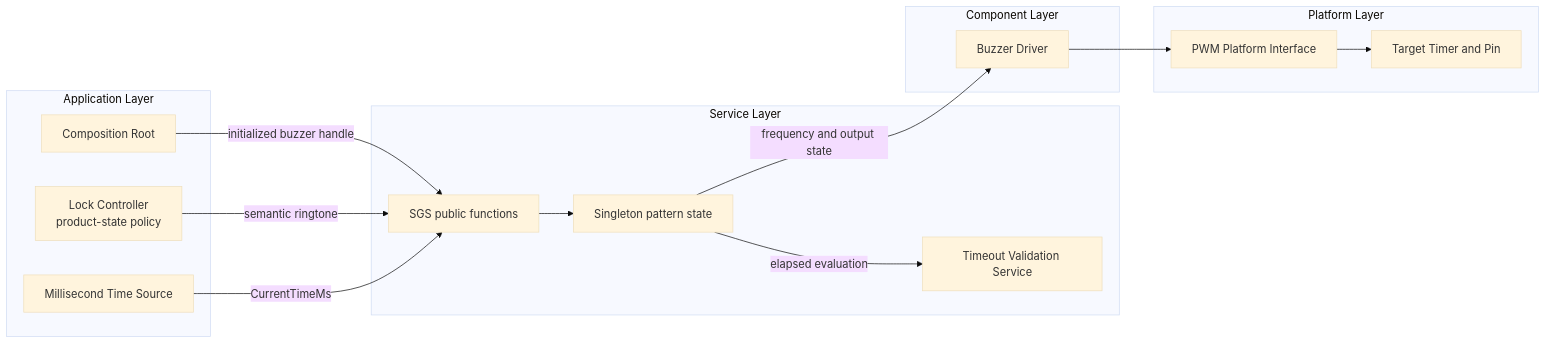
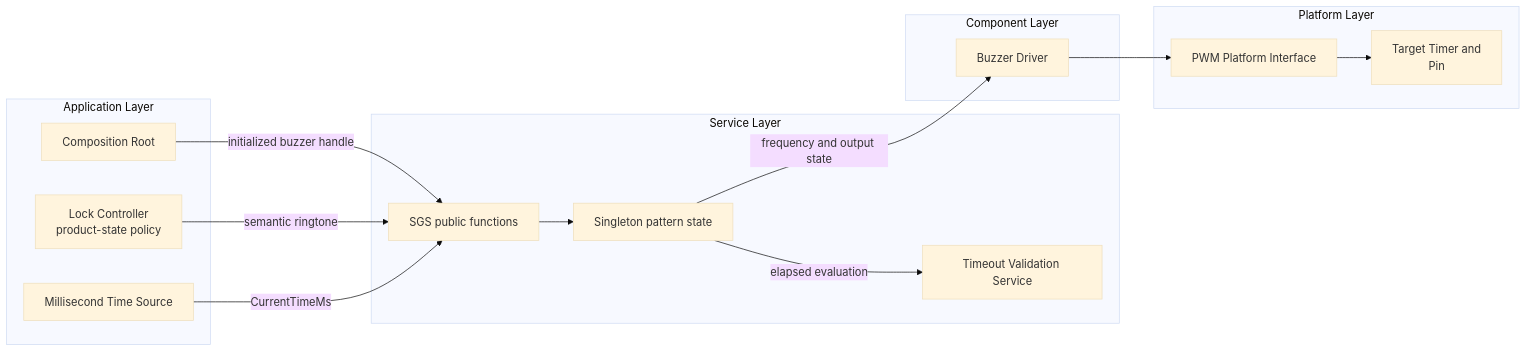
The first of 4 diagrams in Libs/Services/Sound_Generator/README.md (JP-REY/STM32F103C8T6-Based-Electronic-Lock), drawn with Mermaid (base theme) before and after one commit. The commit also changed other lines of this file and 2 other files, not shown here.

````diff
--- a/Libs/Services/Sound_Generator/README.md
+++ b/Libs/Services/Sound_Generator/README.md
@@ -103,31 +103,31 @@
 ```mermaid
 flowchart LR
     subgraph APPLICATION["Application Layer"]
         ROOT["Composition Root"]
         CTRL["Lock Controller<br/>product-state policy"]
         CLOCK["Millisecond Time Source"]
     end
 
     subgraph SERVICES["Service Layer"]
         API["SGS public functions"]
         STATE["Singleton pattern state"]
         TVS["Timeout Validation Service"]
     end
 
     subgraph COMPONENTS["Component Layer"]
         BUZZER["Buzzer Driver"]
     end
 
     subgraph PLATFORM["Platform Layer"]
         PWM["PWM Platform Interface"]
-        TIMER["Target Timer and Pin"]
+        TIMER["Target Timer and <br/>Pin"]
     end
 
     ROOT -->|"initialized buzzer handle"| API
     CTRL -->|"semantic ringtone"| API
     CLOCK -->|"CurrentTimeMs"| API
     API --> STATE
     STATE -->|"elapsed evaluation"| TVS
     STATE -->|"frequency and output state"| BUZZER
     BUZZER --> PWM --> TIMER
 ```
````
